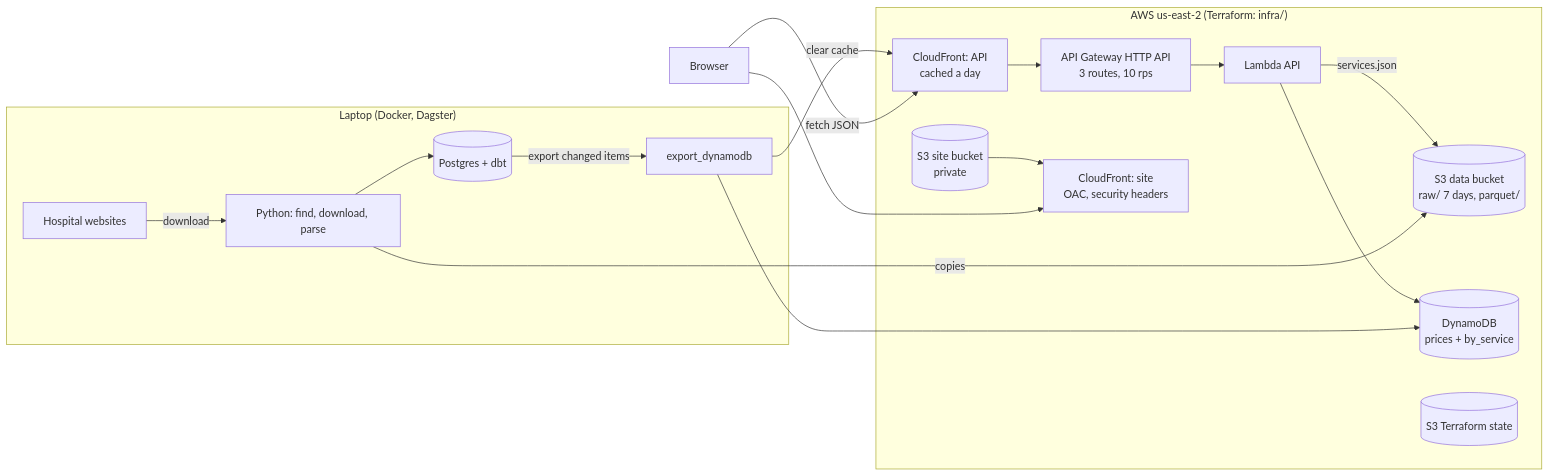
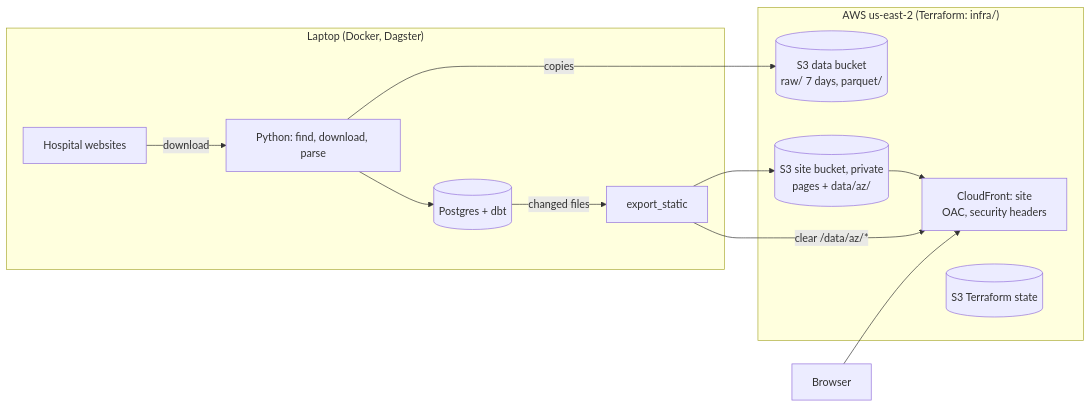
Before and after one commit to AdrianMarrs/az-price-transparency: the diagram in docs/03-cloud.md, drawn with Mermaid. The commit also changed other lines of this file and 13 other files, not shown here.

First line of the commit message:
Retire the API and DynamoDB table

````diff
--- a/docs/03-cloud.md
+++ b/docs/03-cloud.md
@@ -7,23 +7,17 @@
 ```mermaid
 flowchart LR
     subgraph laptop["Laptop (Docker, Dagster)"]
         H[Hospital websites] -->|download| P[Python: find, download, parse]
         P --> PG[(Postgres + dbt)]
-        PG -->|export changed items| X[export_dynamodb]
+        PG -->|changed files| X[export_static]
     end
     subgraph aws["AWS us-east-2 (Terraform: infra/)"]
         S3D[(S3 data bucket<br/>raw/ 7 days, parquet/)]
-        DDB[(DynamoDB<br/>prices + by_service)]
-        L[Lambda API] --> DDB
-        L -->|services.json| S3D
-        GW[API Gateway HTTP API<br/>3 routes, 10 rps] --> L
-        CFA[CloudFront: API<br/>cached a day] --> GW
-        S3S[(S3 site bucket<br/>private)] --> CFS[CloudFront: site<br/>OAC, security headers]
+        S3S[(S3 site bucket, private<br/>pages + data/az/)] --> CFS[CloudFront: site<br/>OAC, security headers]
         S3T[(S3 Terraform state)]
     end
     P -->|copies| S3D
-    X --> DDB
-    X -->|clear cache| CFA
+    X --> S3S
+    X -->|clear /data/az/*| CFS
     B[Browser] --> CFS
-    B -->|fetch JSON| CFA
 ```
````
